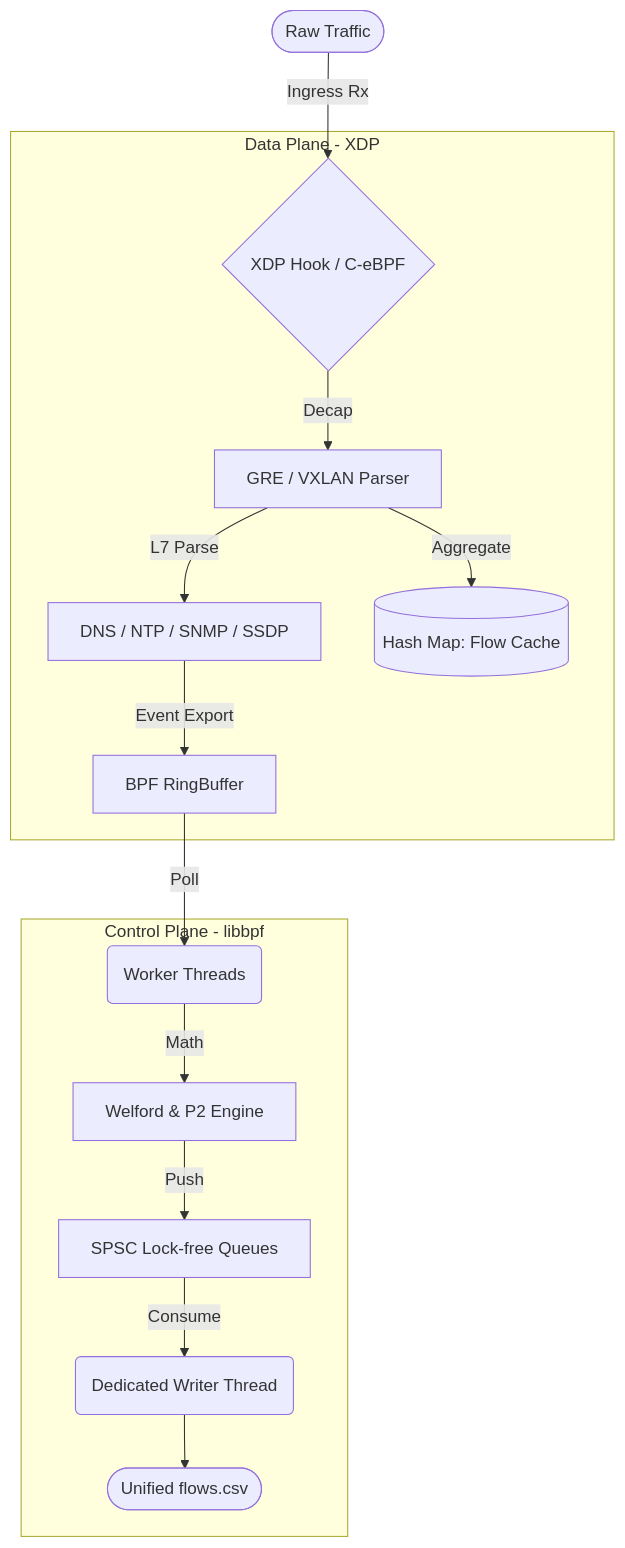
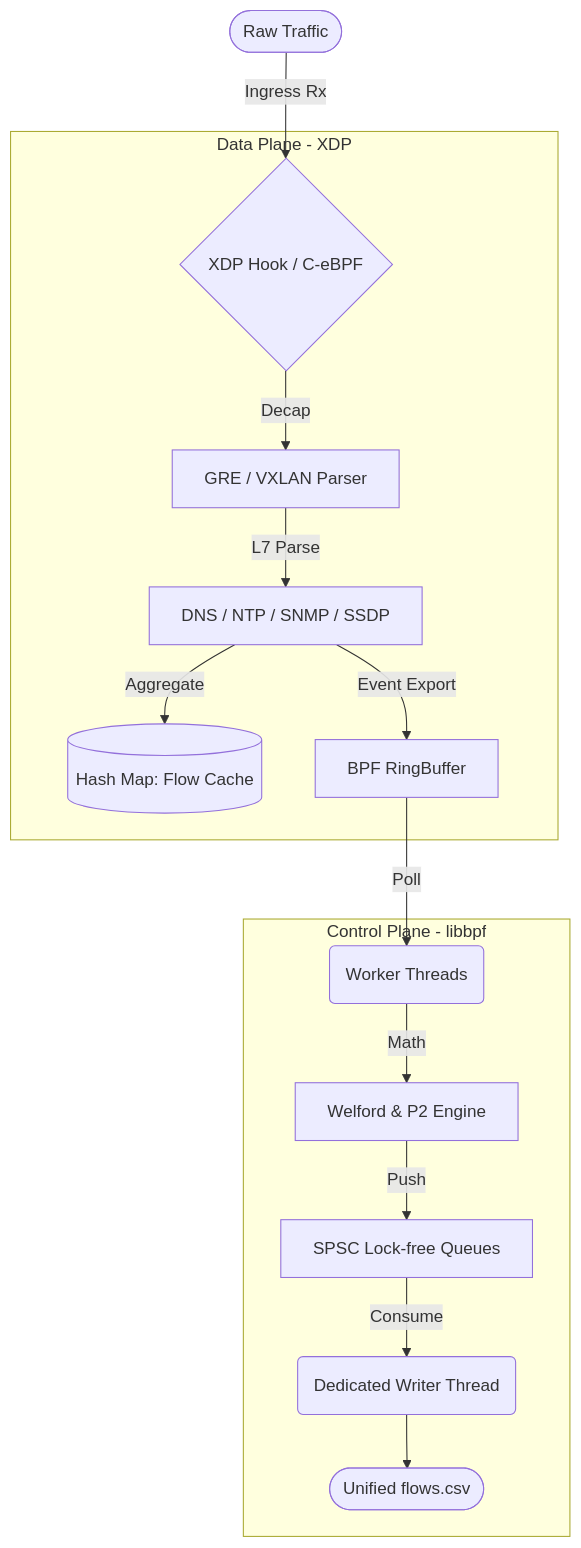
Before and after one commit to leonardoherkenhoff/Lynceus: the diagram in README.md, drawn with Mermaid. The commit also changed 41 other files, not shown here.

````diff
--- a/README.md
+++ b/README.md
@@ -37,19 +37,19 @@
 ```mermaid
 graph TD
     A([Raw Traffic]) -->|Ingress Rx| XDP{XDP Hook / C-eBPF}
     
     subgraph KERNEL_SPACE [Data Plane - XDP]
     XDP -->|Decap| TUNNEL[GRE / VXLAN Parser]
     TUNNEL -->|L7 Parse| L7[DNS / NTP / SNMP / SSDP]
-    TUNNEL -->|Aggregate| MAP[(Hash Map: Flow Cache)]
+    L7 -->|Aggregate| MAP[(Hash Map: Flow Cache)]
     L7 -->|Event Export| RB[BPF RingBuffer]
     end
     
     subgraph USER_SPACE [Control Plane - libbpf]
     RB -->|Poll| WORKERS(Worker Threads)
     WORKERS -->|Math| STATS[Welford & P2 Engine]
     STATS -->|Push| SPSC[SPSC Lock-free Queues]
     SPSC -->|Consume| WRITER(Dedicated Writer Thread)
     WRITER --> CSV([Unified flows.csv])
     end
 ```
````
